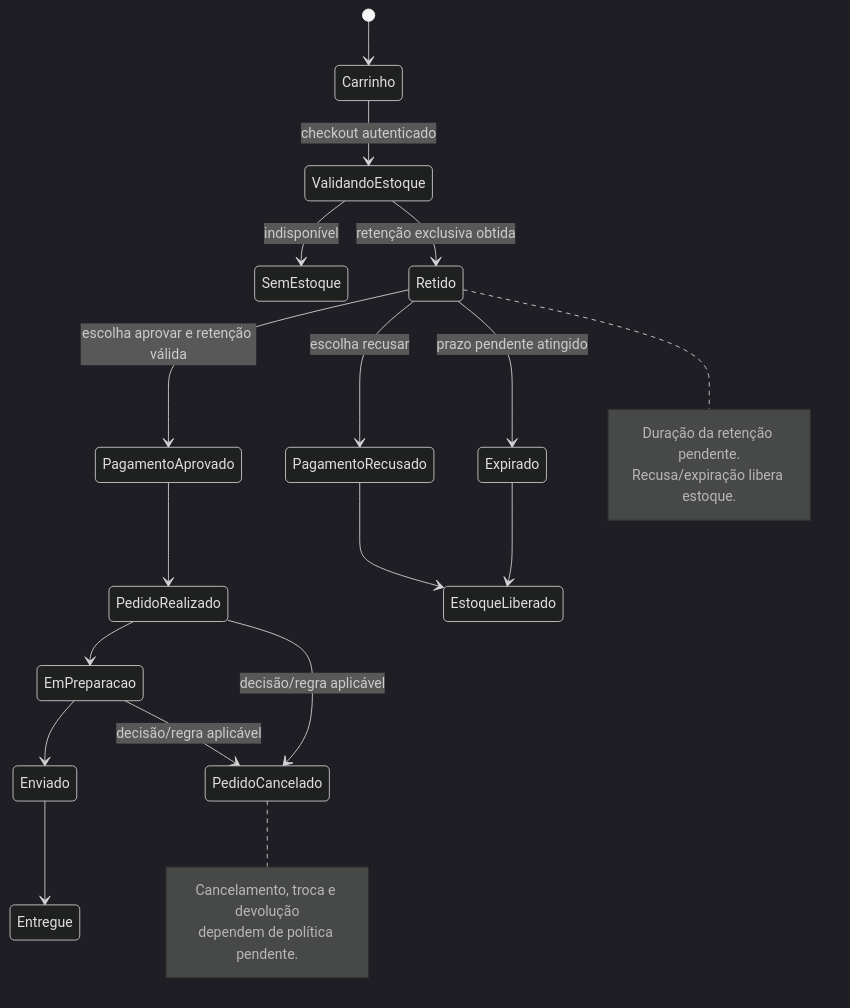
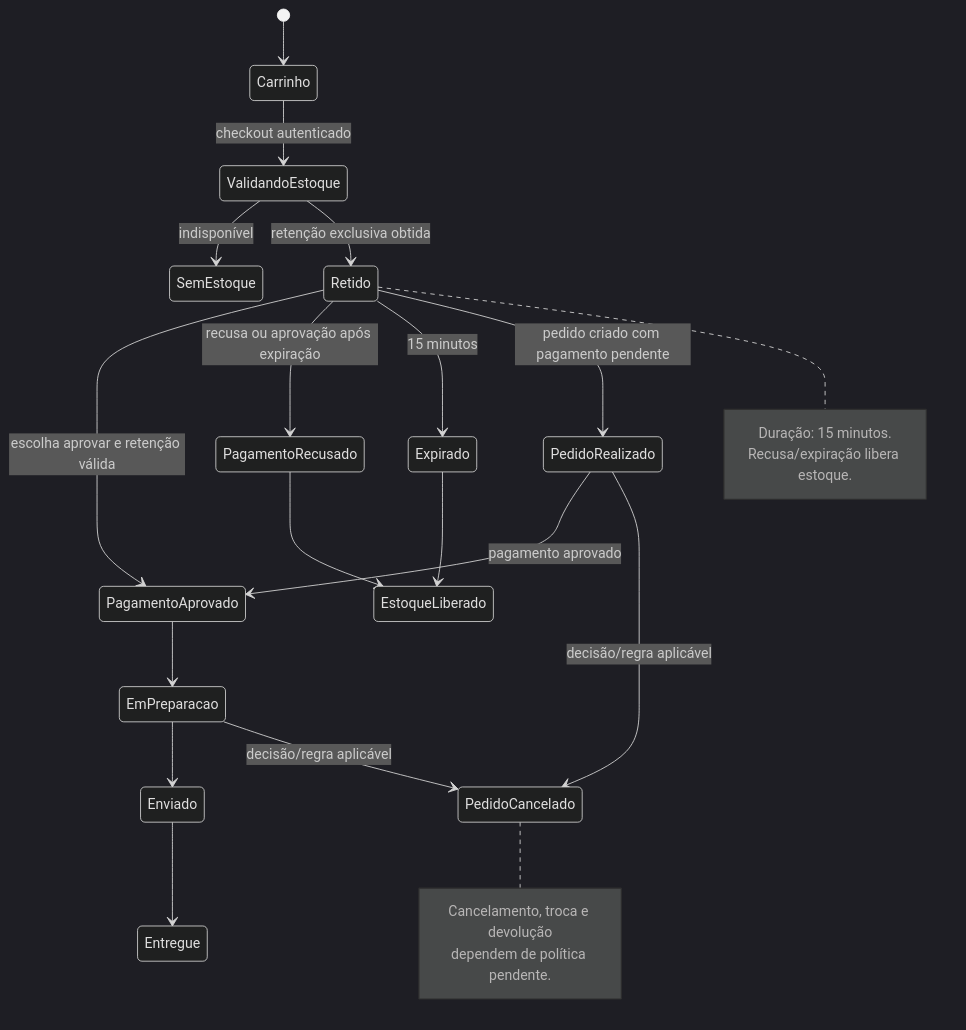
One commit to arthurranjos/Loja-Online changed the diagram in docs/diagrams/order-flow.mmd. Above: the diagram before and after it, drawn with Mermaid (dark theme). The commit also changed 207 other files, not shown here.

```diff
--- a/docs/diagrams/order-flow.mmd
+++ b/docs/diagrams/order-flow.mmd
@@ -1,24 +1,25 @@
 stateDiagram-v2
   [*] --> Carrinho
   Carrinho --> ValidandoEstoque: checkout autenticado
   ValidandoEstoque --> SemEstoque: indisponível
   ValidandoEstoque --> Retido: retenção exclusiva obtida
   Retido --> PagamentoAprovado: escolha aprovar e retenção válida
-  Retido --> PagamentoRecusado: escolha recusar
-  Retido --> Expirado: prazo pendente atingido
+  Retido --> PagamentoRecusado: recusa ou aprovação após expiração
+  Retido --> Expirado: 15 minutos
   PagamentoRecusado --> EstoqueLiberado
   Expirado --> EstoqueLiberado
-  PagamentoAprovado --> PedidoRealizado
-  PedidoRealizado --> EmPreparacao
+  PagamentoAprovado --> EmPreparacao
+  Retido --> PedidoRealizado: pedido criado com pagamento pendente
+  PedidoRealizado --> PagamentoAprovado: pagamento aprovado
   EmPreparacao --> Enviado
   Enviado --> Entregue
   PedidoRealizado --> PedidoCancelado: decisão/regra aplicável
   EmPreparacao --> PedidoCancelado: decisão/regra aplicável
   note right of Retido
-    Duração da retenção pendente.
+    Duração: 15 minutos.
     Recusa/expiração libera estoque.
   end note
   note right of PedidoCancelado
     Cancelamento, troca e devolução
     dependem de política pendente.
   end note
```
